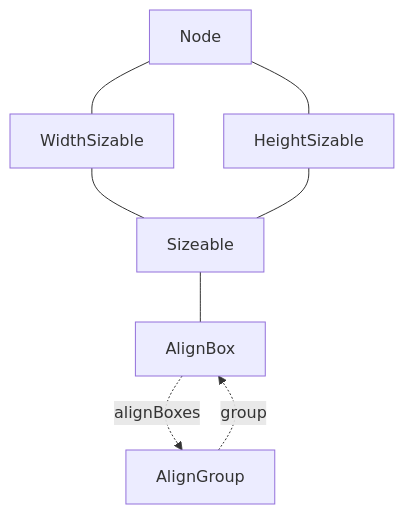
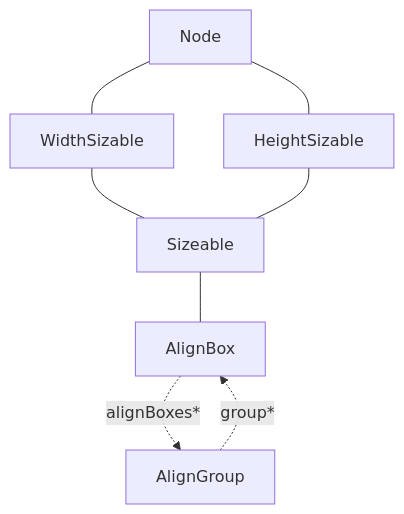
Before and after one commit to phetsims/scenery: the fifth of 7 diagrams in doc/layout-implementation-notes.md, drawn with Mermaid. The commit also changed other lines of this file, not shown here.

````diff
--- a/doc/layout-implementation-notes.md
+++ b/doc/layout-implementation-notes.md
@@ -71,6 +72,6 @@
 ```mermaid
 flowchart TD
     Node --- WidthSizable & HeightSizable --- Sizeable --- AlignBox
-    AlignGroup -.group.-> AlignBox
-    AlignBox -.alignBoxes.->AlignGroup
+    AlignGroup -.group*.-> AlignBox
+    AlignBox -.alignBoxes*.->AlignGroup
 ```
````
